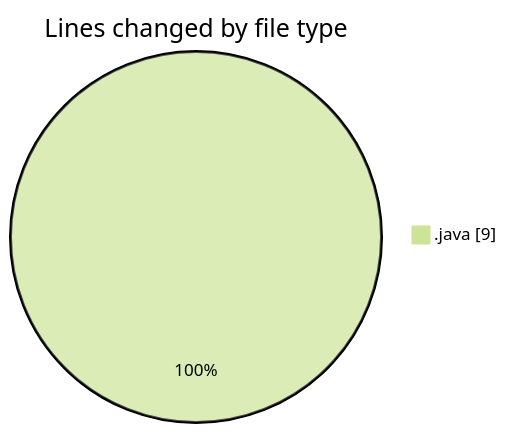
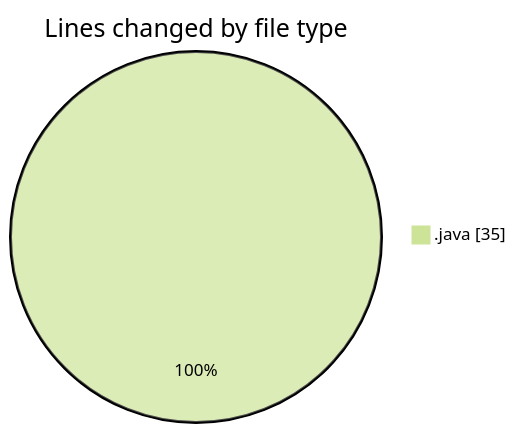
Before and after one commit to NitaiMahat/code-tracking: the first of 2 diagrams in 2025-02-01/java/README.md, drawn with Mermaid (forest theme). The commit also changed other lines of this file and 1 other file, not shown here.

````diff
--- a/2025-02-01/java/README.md
+++ b/2025-02-01/java/README.md
@@ -20,5 +20,5 @@
 ```mermaid
 pie showData
 title Lines changed by file type
-".java" : 9
+".java" : 35
 ```
````
